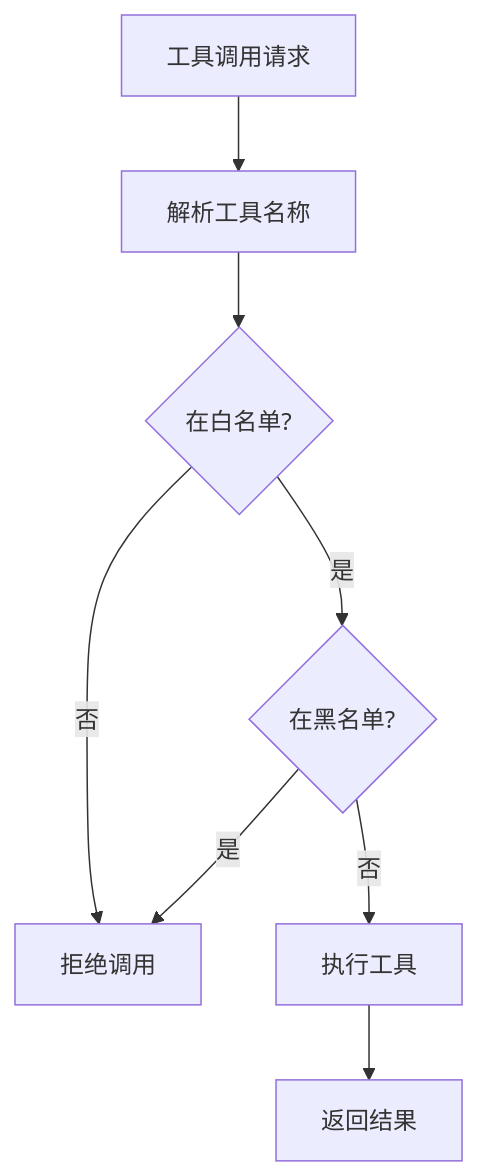
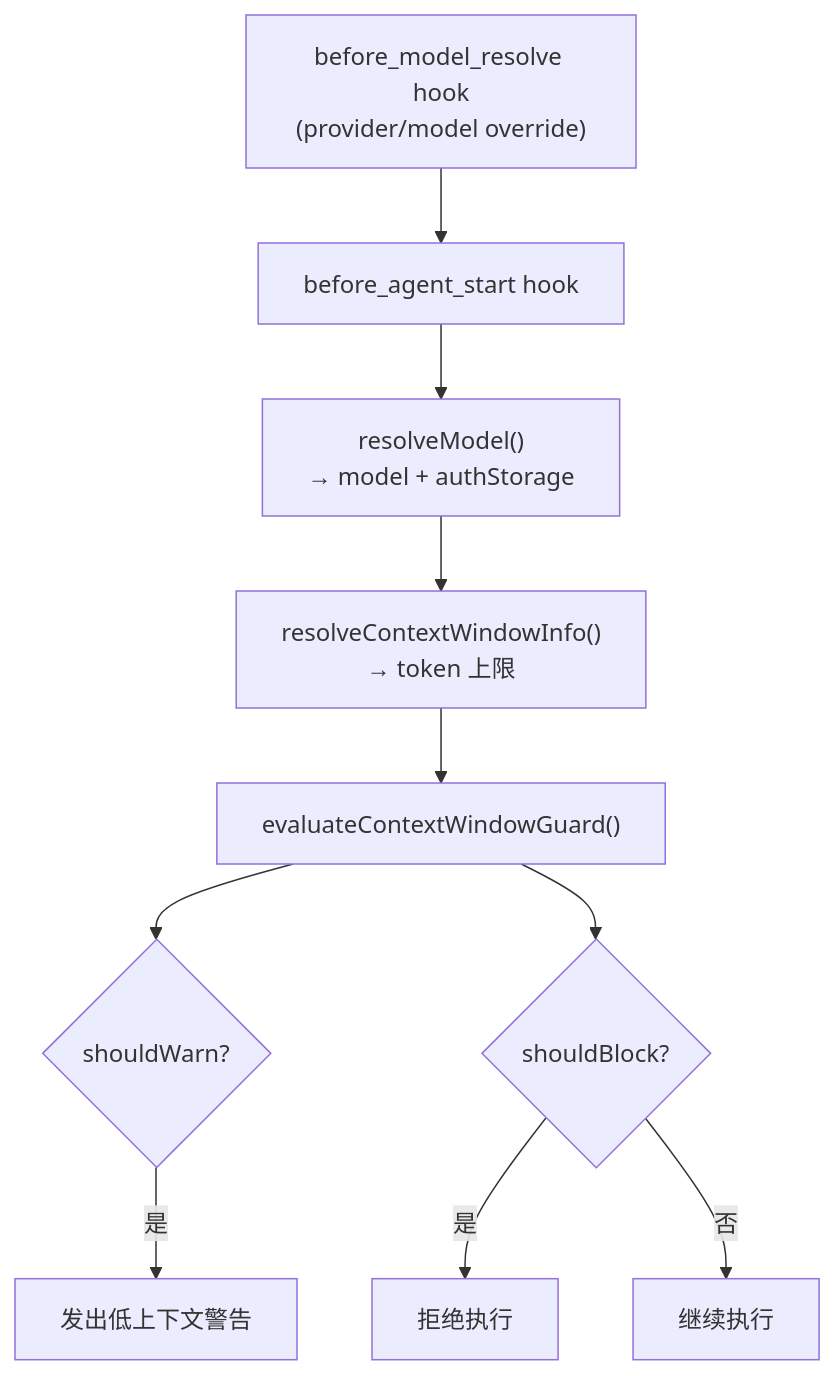
Before and after one commit to caicongyang/bloger: the second of 11 diagrams in openclaw/OPENCLAW-AGENT-LOOP.md, drawn with Mermaid. The commit also changed other lines of this file and 13 other files, not shown here.

````diff
--- a/openclaw/OPENCLAW-AGENT-LOOP.md
+++ b/openclaw/OPENCLAW-AGENT-LOOP.md
@@ -669,10 +97,12 @@
 ```mermaid
 flowchart TD
-    A[工具调用请求] --> B[解析工具名称]
-    B --> C{在白名单?}
-    C -->|否| D[拒绝调用]
-    C -->|是| E{在黑名单?}
-    E -->|是| D
-    E -->|否| F[执行工具]
-    F --> G[返回结果]
+    HK1["before_model_resolve hook\n(provider/model override)"] --> HK2["before_agent_start hook"]
+    HK2 --> RM["resolveModel()\n→ model + authStorage"]
+    RM --> CW["resolveContextWindowInfo()\n→ token 上限"]
+    CW --> CG["evaluateContextWindowGuard()"]
+    CG --> W{shouldWarn?}
+    W -->|是| WARN[发出低上下文警告]
+    CG --> B{shouldBlock?}
+    B -->|是| BLOCK[拒绝执行]
+    B -->|否| RUN[继续执行]
 ```
````
